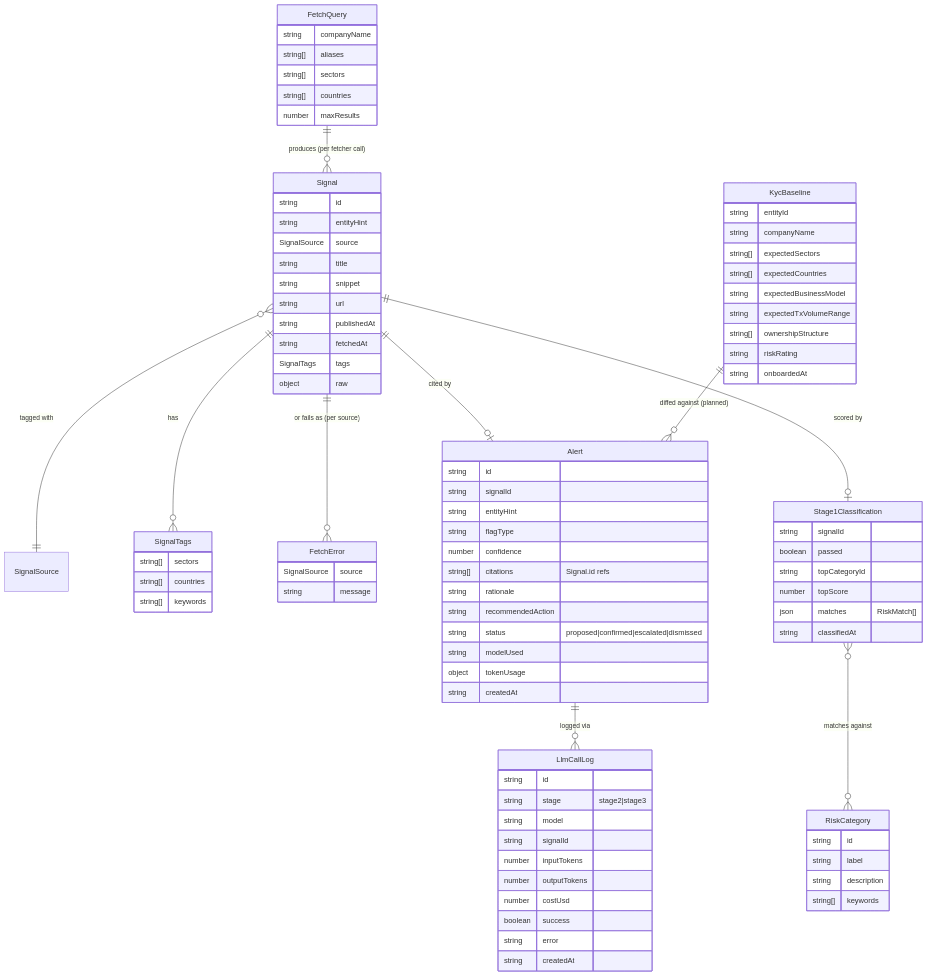
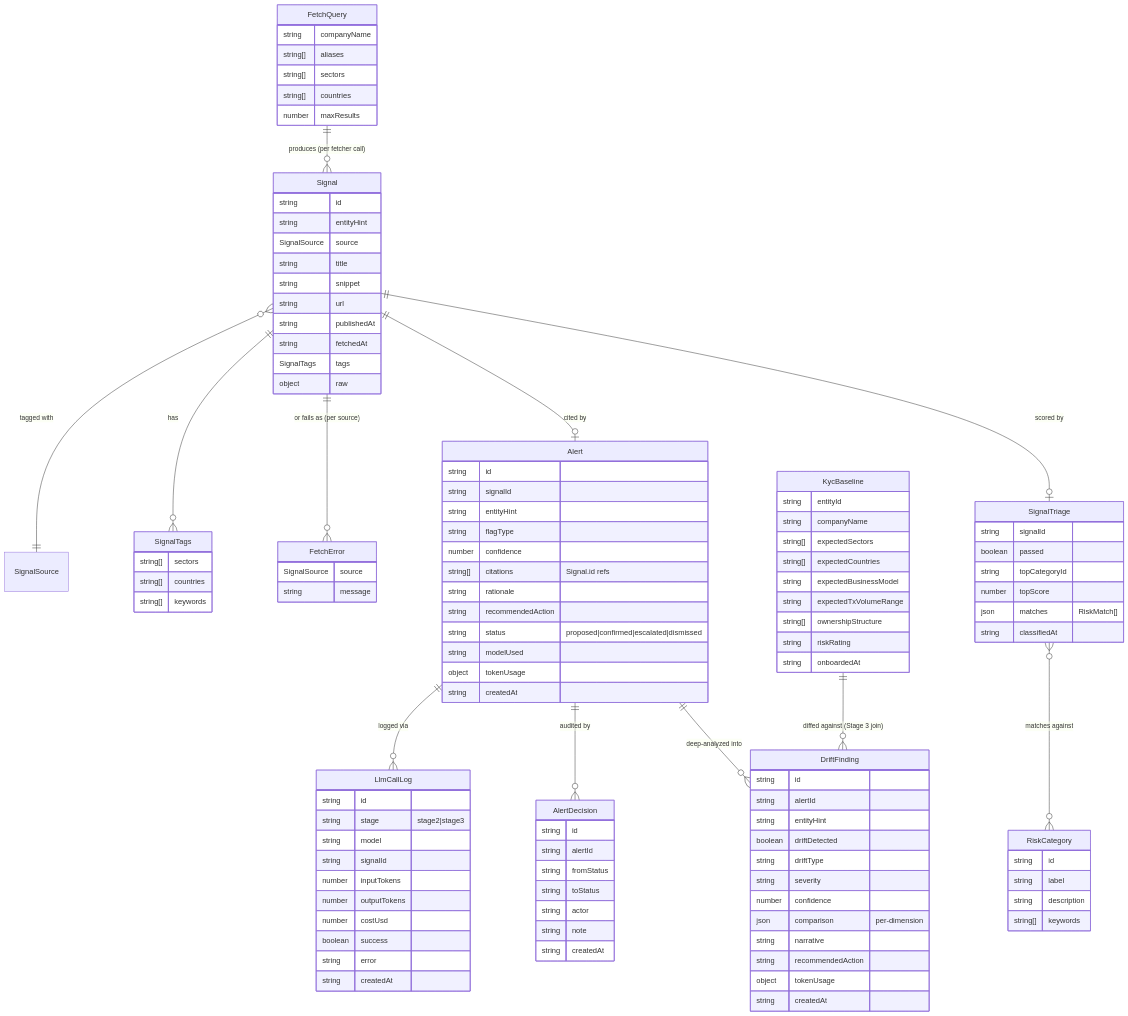
The third of 3 diagrams in src/server/ARCHITECTURE.md (faisalrasbihan/bandarmology), drawn with Mermaid before and after one commit. The commit also changed other lines of this file and 37 other files, not shown here.

````diff
--- a/src/server/ARCHITECTURE.md
+++ b/src/server/ARCHITECTURE.md
@@ -112,10 +123,12 @@
     Signal ||--o{ SignalTags : "has"
     Signal ||--o{ FetchError : "or fails as (per source)"
     Signal ||--o| Alert : "cited by"
-    Signal ||--o| Stage1Classification : "scored by"
-    Stage1Classification }o--o{ RiskCategory : "matches against"
+    Signal ||--o| SignalTriage : "scored by"
+    SignalTriage }o--o{ RiskCategory : "matches against"
     Alert ||--o{ LlmCallLog : "logged via"
-    KycBaseline ||--o{ Alert : "diffed against (planned)"
+    Alert ||--o{ AlertDecision : "audited by"
+    Alert ||--o{ DriftFinding : "deep-analyzed into"
+    KycBaseline ||--o{ DriftFinding : "diffed against (Stage 3 join)"
 
     FetchQuery {
         string companyName
@@ -151,7 +164,7 @@
         string description
         string[] keywords
     }
-    Stage1Classification {
+    SignalTriage {
         string signalId
         boolean passed
         string topCategoryId
@@ -196,4 +209,27 @@
         string error
         string createdAt
     }
+    AlertDecision {
+        string id
+        string alertId
+        string fromStatus
+        string toStatus
+        string actor
+        string note
+        string createdAt
+    }
+    DriftFinding {
+        string id
+        string alertId
+        string entityHint
+        boolean driftDetected
+        string driftType
+        string severity
+        number confidence
+        json comparison "per-dimension"
+        string narrative
+        string recommendedAction
+        object tokenUsage
+        string createdAt
+    }
 ```
````
